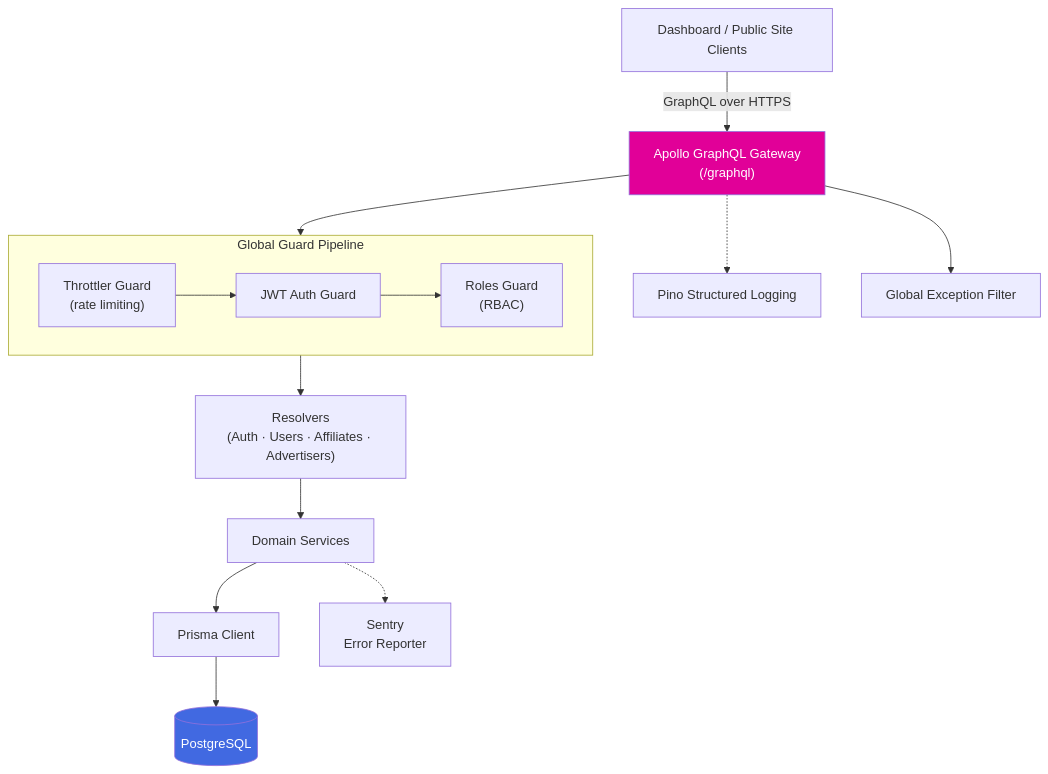
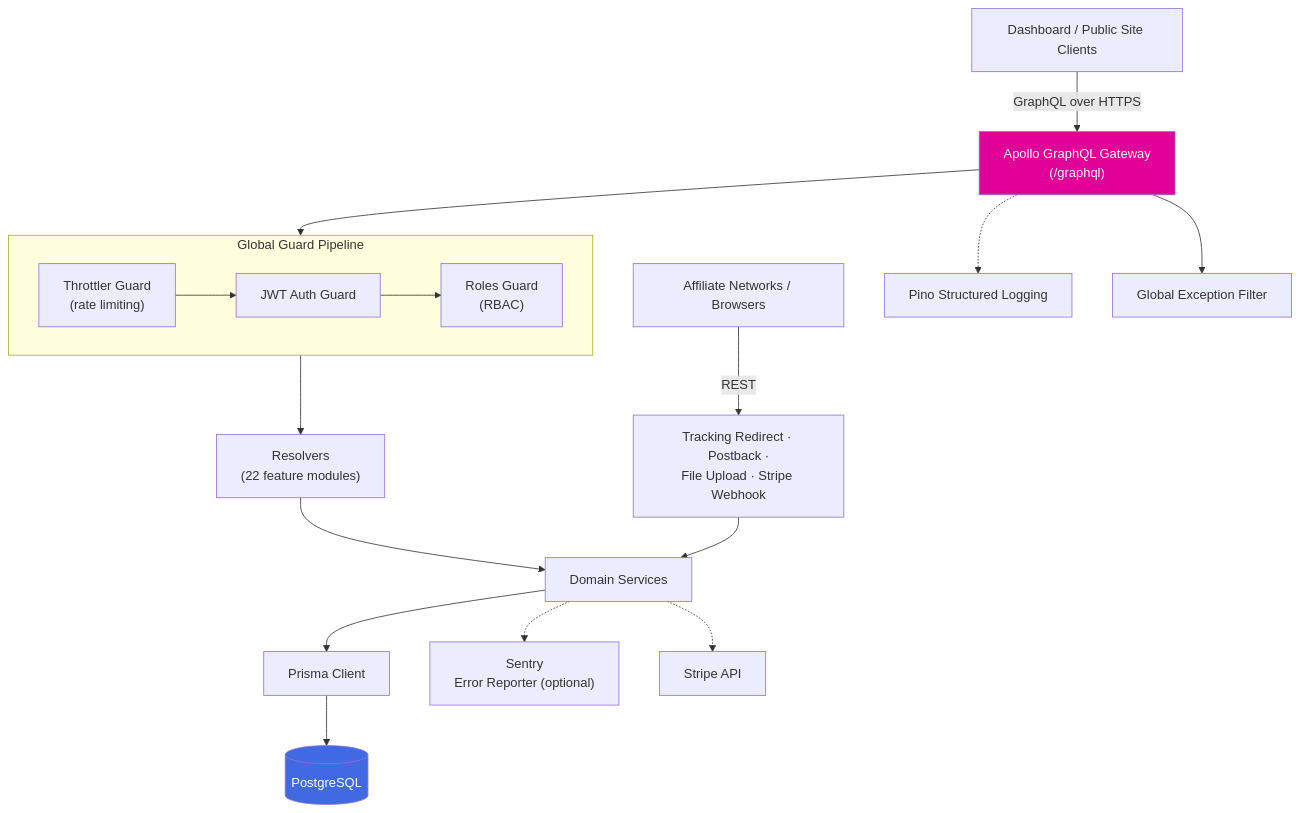
Before and after one commit to kaziahosunhabibripon/tracking_backned: the first of 2 diagrams in README.md, drawn with Mermaid. The commit also changed other lines of this file, not shown here.

````diff
--- a/README.md
+++ b/README.md
@@ -50,22 +56,25 @@
 ```mermaid
 flowchart TB
     Client["Dashboard / Public Site Clients"] -->|GraphQL over HTTPS| Gateway["Apollo GraphQL Gateway<br/>(/graphql)"]
+    ClientREST["Affiliate Networks / Browsers"] -->|REST| RestEndpoints["Tracking Redirect · Postback ·<br/>File Upload · Stripe Webhook"]
 
     subgraph Guards["Global Guard Pipeline"]
         direction LR
         Throttle["Throttler Guard<br/>(rate limiting)"] --> JwtGuard["JWT Auth Guard"] --> RolesGuard["Roles Guard<br/>(RBAC)"]
     end
 
     Gateway --> Throttle
-    RolesGuard --> Resolvers["Resolvers<br/>(Auth · Users · Affiliates · Advertisers)"]
+    RolesGuard --> Resolvers["Resolvers<br/>(22 feature modules)"]
     Resolvers --> Services["Domain Services"]
+    RestEndpoints --> Services
     Services --> Prisma["Prisma Client"]
     Prisma --> DB[("PostgreSQL")]
 
-    Services -.-> Monitoring["Sentry<br/>Error Reporter"]
+    Services -.-> Monitoring["Sentry<br/>Error Reporter (optional)"]
+    Services -.-> StripeAPI["Stripe API"]
     Gateway -.-> Logging["Pino Structured Logging"]
     Gateway --> ExceptionFilter["Global Exception Filter"]
 
     style DB fill:#4169E1,color:#fff
     style Gateway fill:#E10098,color:#fff
 ```
````
